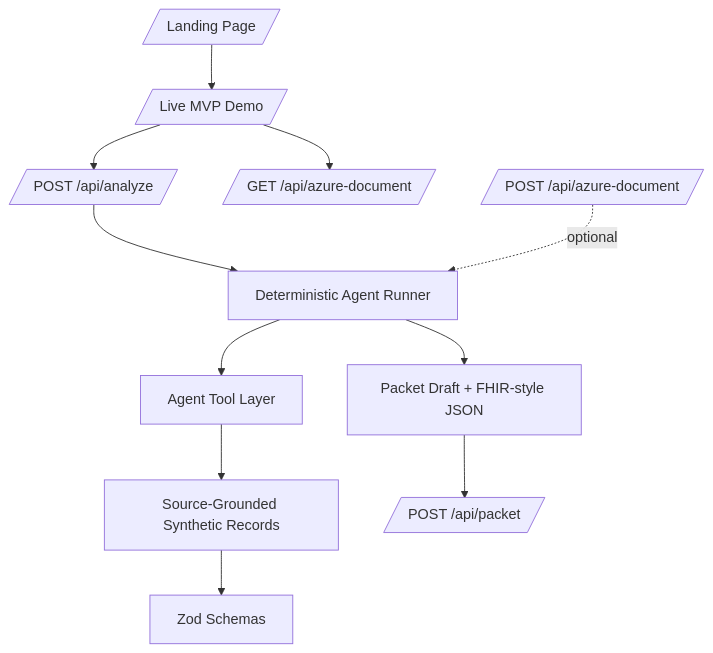
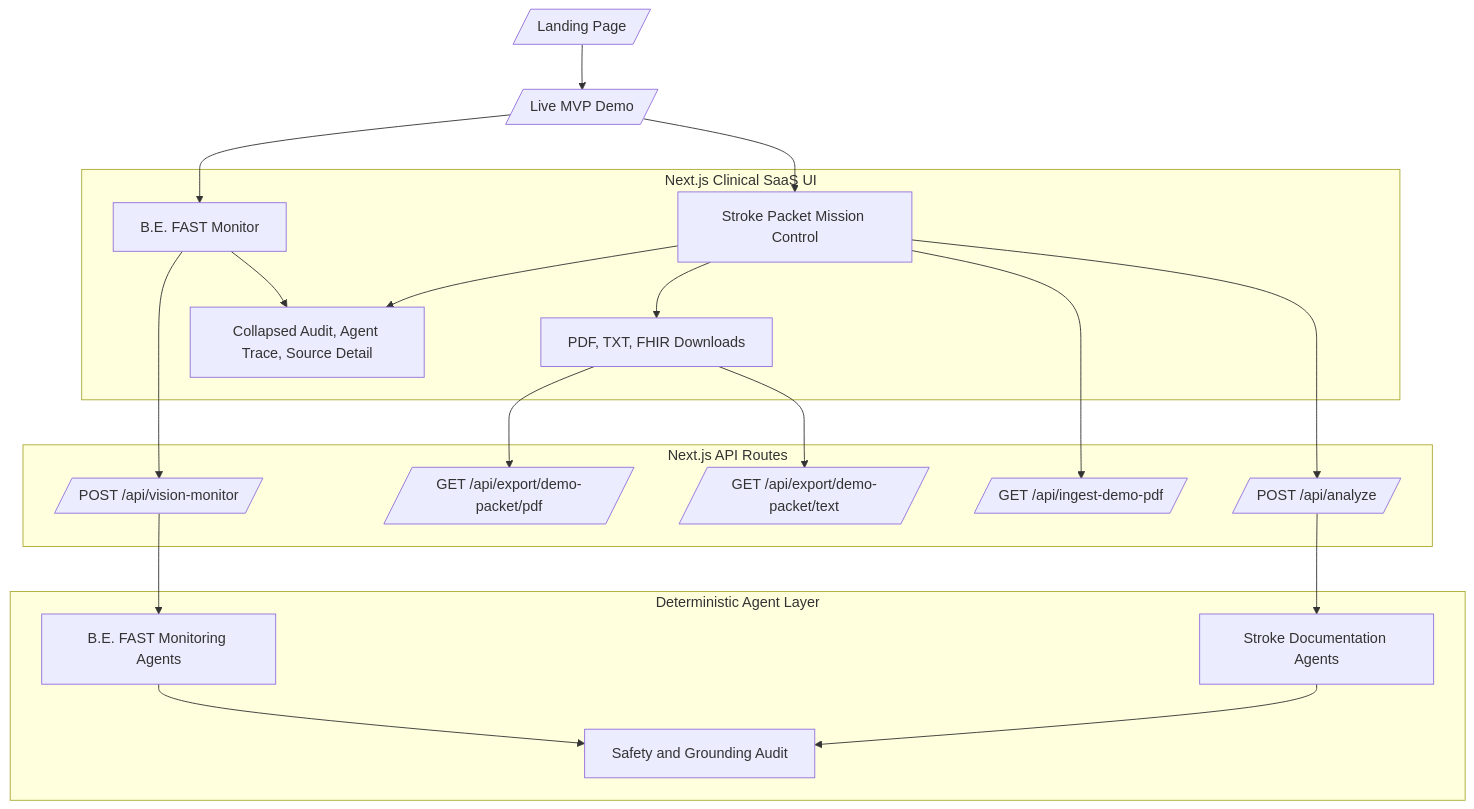
One commit to roshaninfordham/brainauthai changed the first of 6 diagrams in docs/architecture.md. Above: the diagram before and after it, drawn with Mermaid. The commit also changed other lines of this file and 15 other files, not shown here.

Commit message:
feat: add BE FAST vision monitoring demo

````diff
--- a/docs/architecture.md
+++ b/docs/architecture.md
@@ -7,13 +12,42 @@
 ```mermaid
 flowchart TB
   Landing[/Landing Page/] --> Demo[/Live MVP Demo/]
-  Demo --> Analyze[/POST /api/analyze/]
-  Demo --> AzureStatus[/GET /api/azure-document/]
-  Analyze --> Runner[Deterministic Agent Runner]
-  Runner --> Tools[Agent Tool Layer]
-  Tools --> Data[Source-Grounded Synthetic Records]
-  Data --> Schemas[Zod Schemas]
-  Runner --> Packet[Packet Draft + FHIR-style JSON]
-  Packet --> Pdf[/POST /api/packet/]
-  Azure[/POST /api/azure-document/] -. optional .-> Runner
+
+  subgraph UI[Next.js Clinical SaaS UI]
+    PacketUI[Stroke Packet Mission Control]
+    MonitorUI[B.E. FAST Monitor]
+    Downloads[PDF, TXT, FHIR Downloads]
+    Drawers[Collapsed Audit, Agent Trace, Source Detail]
+  end
+
+  Demo --> PacketUI
+  Demo --> MonitorUI
+  PacketUI --> Downloads
+  PacketUI --> Drawers
+  MonitorUI --> Drawers
+
+  subgraph API[Next.js API Routes]
+    Analyze[/POST /api/analyze/]
+    PacketPdf[/GET /api/export/demo-packet/pdf/]
+    PacketText[/GET /api/export/demo-packet/text/]
+    IngestPdf[/GET /api/ingest-demo-pdf/]
+    Vision[/POST /api/vision-monitor/]
+  end
+
+  PacketUI --> Analyze
+  PacketUI --> IngestPdf
+  Downloads --> PacketPdf
+  Downloads --> PacketText
+  MonitorUI --> Vision
+
+  subgraph Agents[Deterministic Agent Layer]
+    StrokeAgents[Stroke Documentation Agents]
+    MonitorAgents[B.E. FAST Monitoring Agents]
+    Audit[Safety and Grounding Audit]
+  end
+
+  Analyze --> StrokeAgents
+  Vision --> MonitorAgents
+  StrokeAgents --> Audit
+  MonitorAgents --> Audit
 ```
````
